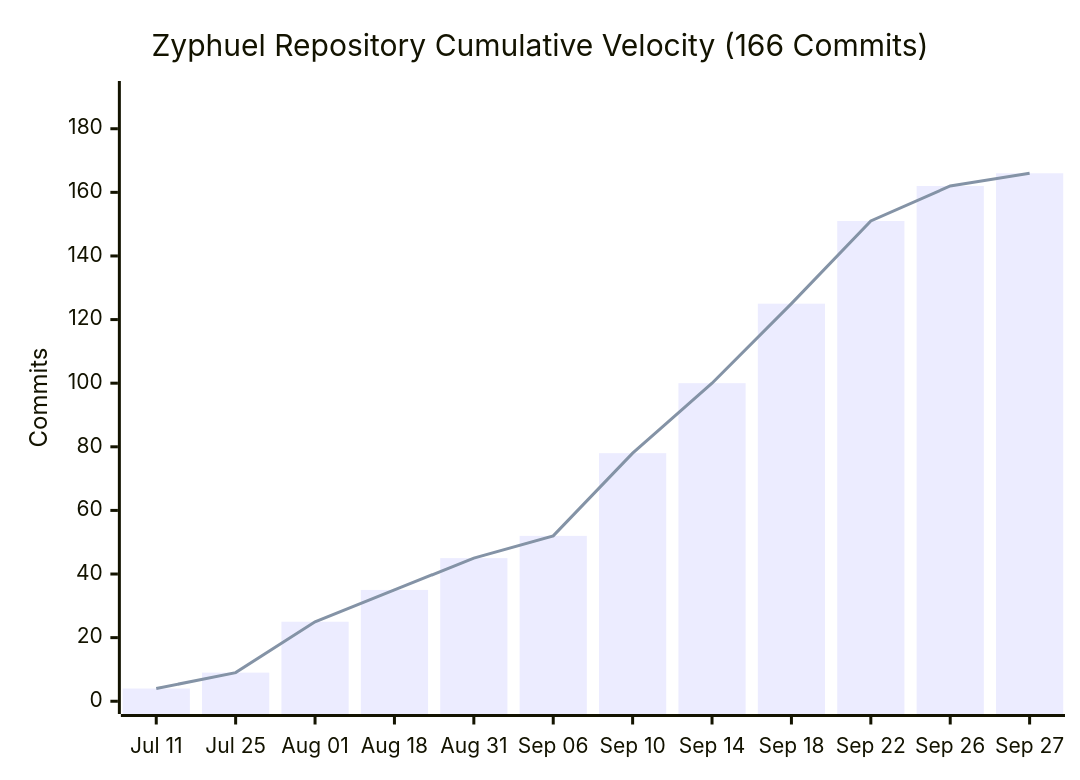
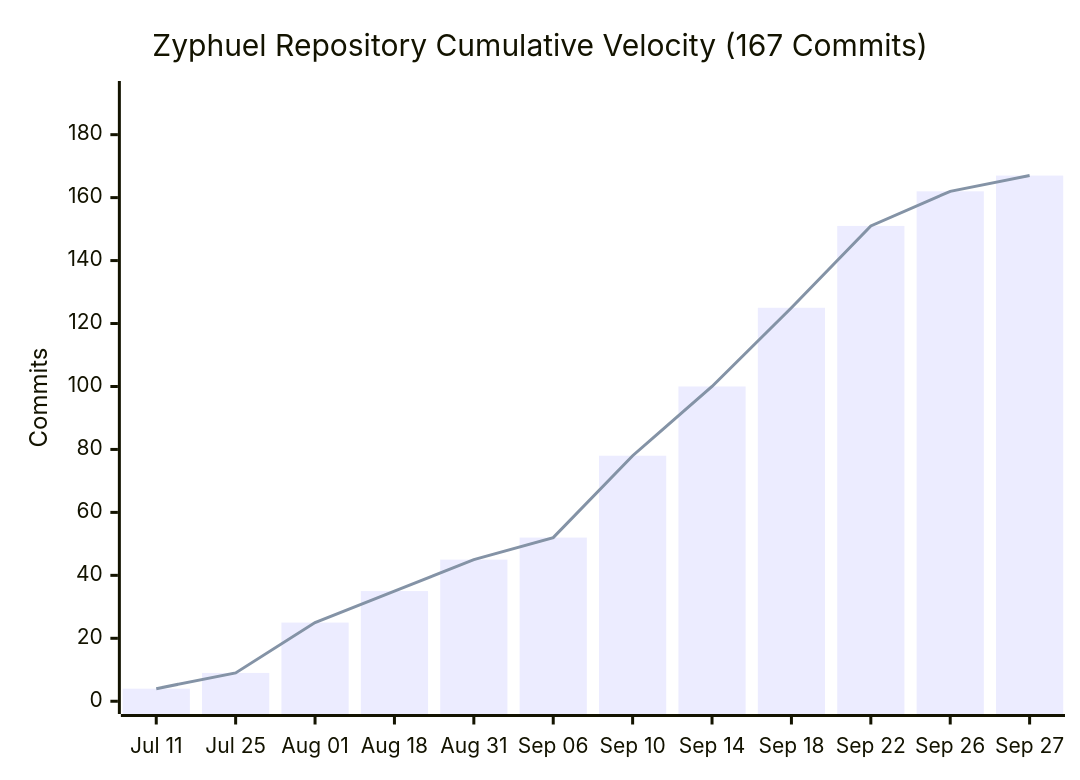
The diagram in README.md (daniyal44/Zyphuel), drawn with Mermaid before and after one commit. The commit also changed other lines of this file and 23 other files, not shown here.

````diff
--- a/README.md
+++ b/README.md
@@ -155,8 +155,8 @@
 ```mermaid
 xychart-beta
-    title "Zyphuel Repository Cumulative Velocity (166 Commits)"
+    title "Zyphuel Repository Cumulative Velocity (167 Commits)"
     x-axis ["Jul 11", "Jul 25", "Aug 01", "Aug 18", "Aug 31", "Sep 06", "Sep 10", "Sep 14", "Sep 18", "Sep 22", "Sep 26", "Sep 27"]
-    y-axis "Commits" 0 --> 191
-    bar [4, 9, 25, 35, 45, 52, 78, 100, 125, 151, 162, 166]
-    line [4, 9, 25, 35, 45, 52, 78, 100, 125, 151, 162, 166]
+    y-axis "Commits" 0 --> 193
+    bar [4, 9, 25, 35, 45, 52, 78, 100, 125, 151, 162, 167]
+    line [4, 9, 25, 35, 45, 52, 78, 100, 125, 151, 162, 167]
 ```
````
